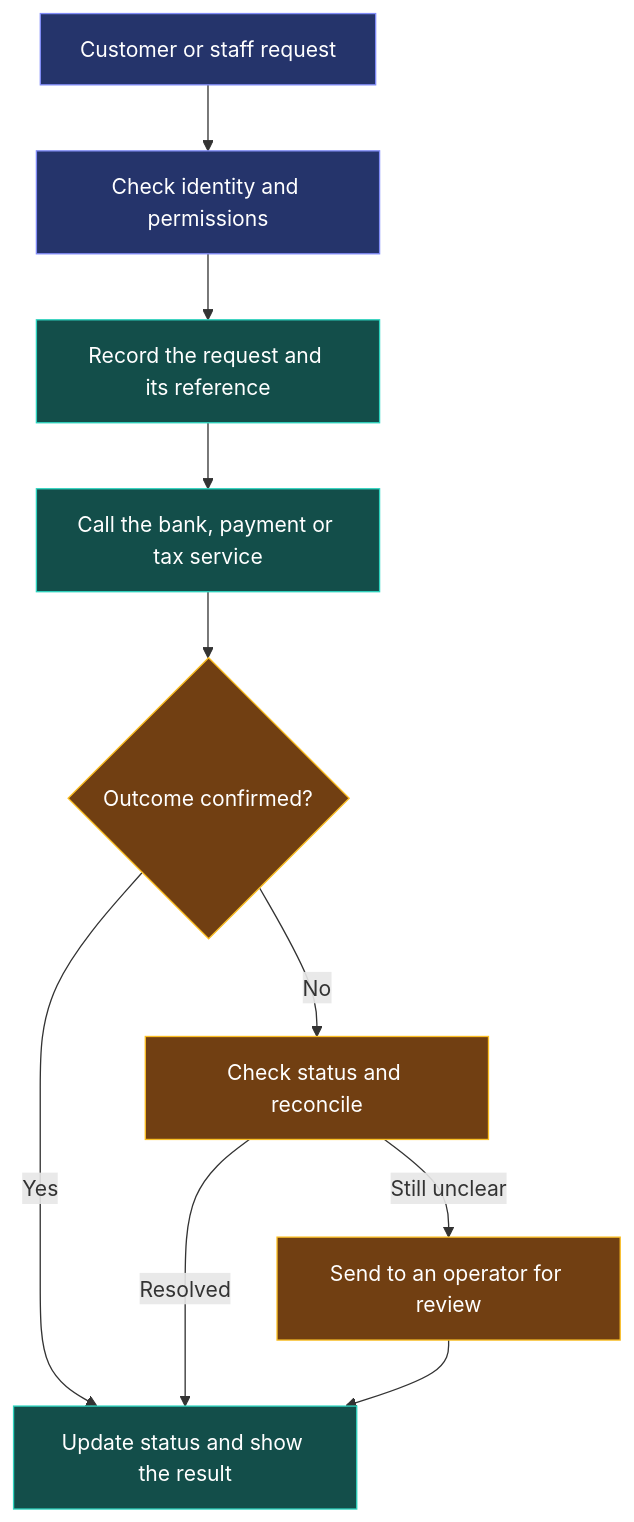
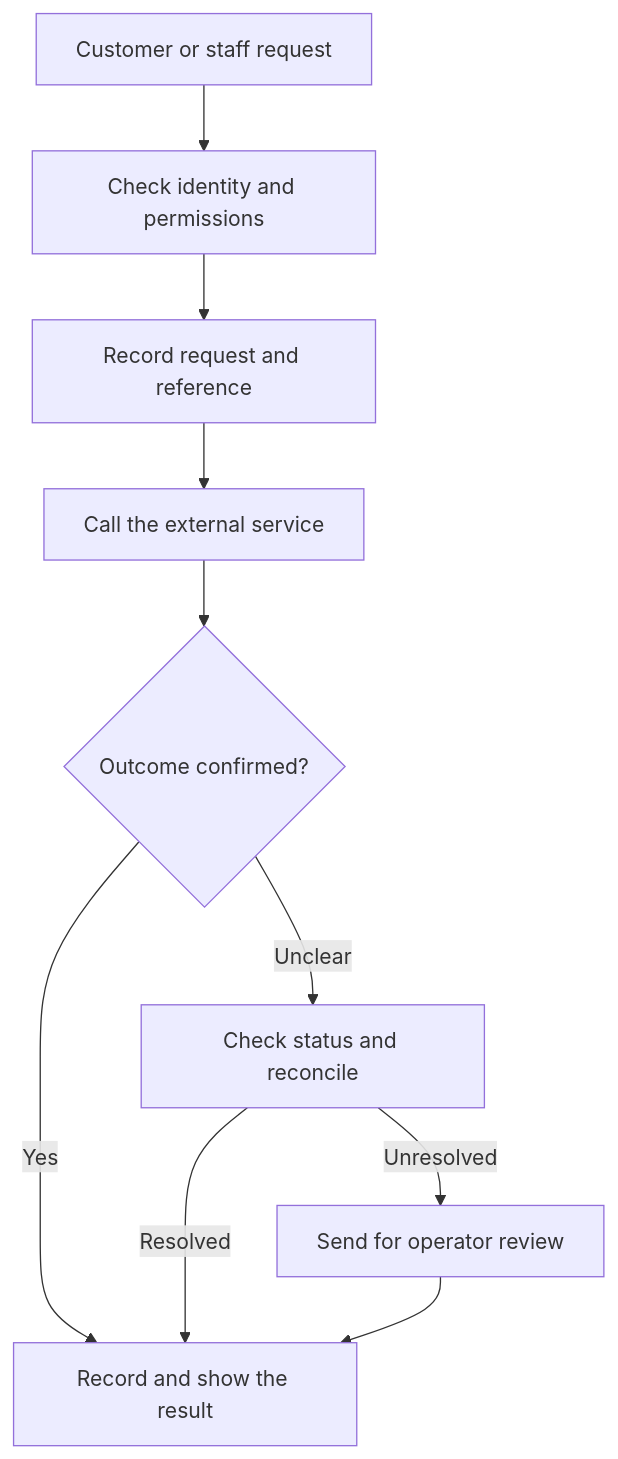
One commit to moyogedion/moyogedion changed the first of 2 diagrams in README.md. Above: the diagram before and after it, drawn with Mermaid.

Commit message:
Revise flowchart in README for better readabilityFix architecture diagram rendering
Updated flowchart syntax and improved clarity of the diagram.

````diff
--- a/README.md
+++ b/README.md
@@ -27,18 +27,12 @@
 ```mermaid
-flowchart TD
-    A[Customer or staff request] --> B[Check identity and permissions]
-    B --> C[Record the request and its reference]
-    C --> D[Call the bank, payment or tax service]
-    D --> E{Outcome confirmed?}
-    E -->|Yes| F[Update status and show the result]
-    E -->|No| G[Check status and reconcile]
+graph TD
+    A["Customer or staff request"] --> B["Check identity and permissions"]
+    B --> C["Record request and reference"]
+    C --> D["Call the external service"]
+    D --> E{"Outcome confirmed?"}
+    E -->|Yes| F["Record and show the result"]
+    E -->|Unclear| G["Check status and reconcile"]
     G -->|Resolved| F
-    G -->|Still unclear| H[Send to an operator for review]
+    G -->|Unresolved| H["Send for operator review"]
     H --> F
-    classDef entry fill:#25346b,stroke:#818cf8,color:#fff
-    classDef process fill:#134e4a,stroke:#2dd4bf,color:#fff
-    classDef exception fill:#713f12,stroke:#fbbf24,color:#fff
-    class A,B entry
-    class C,D,F process
-    class E,G,H exception
 ```
````
